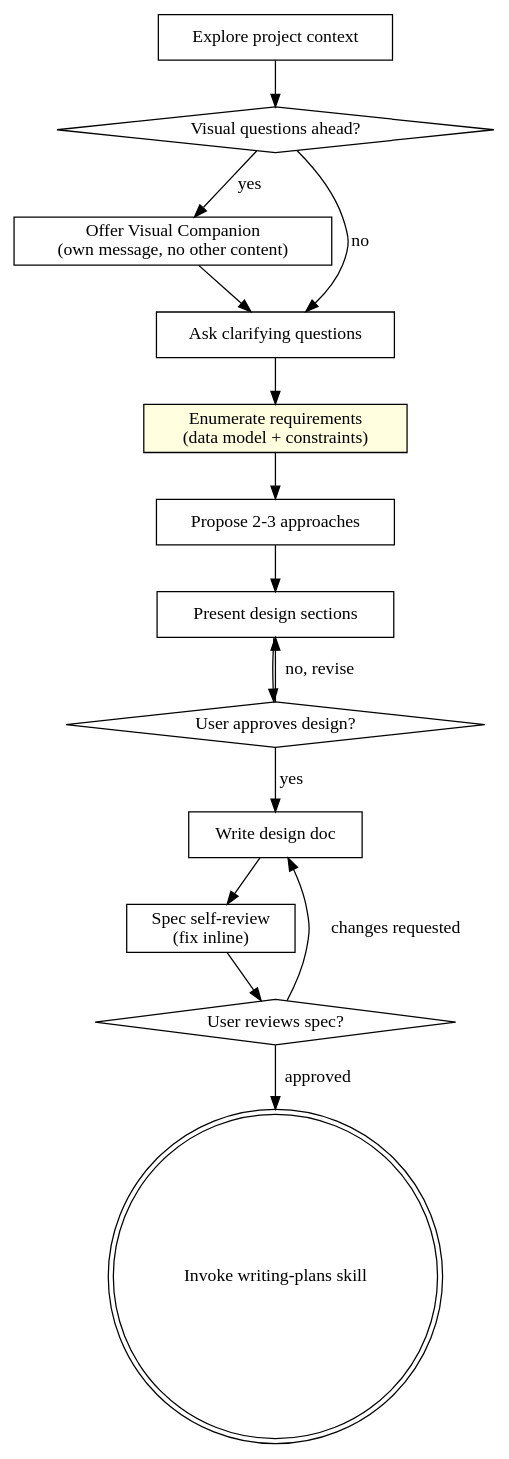
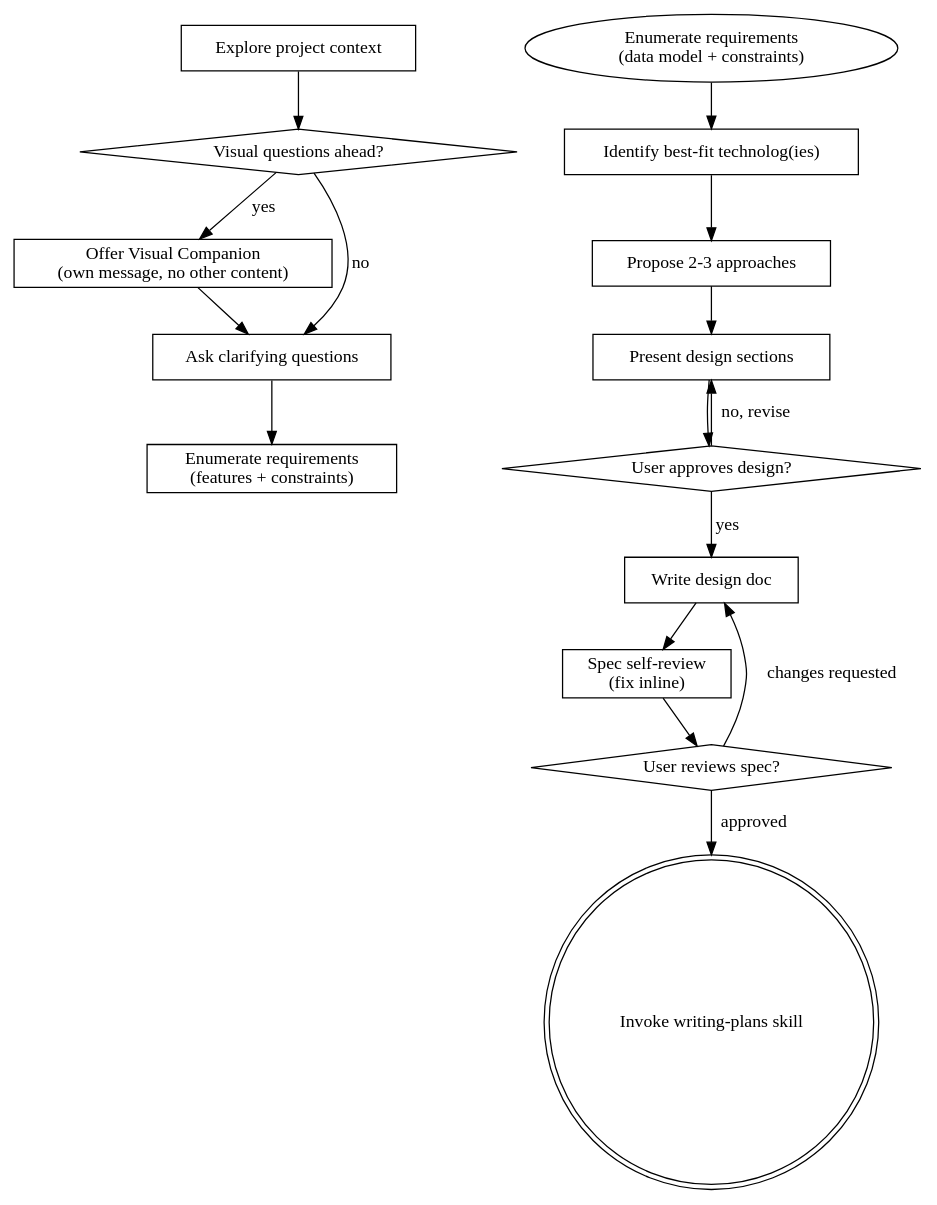
Before and after one commit to mongodb/ai-benchmarks: the diagram in packages/coding-agent-benchmark/src/sandbox/environmentData/superpowers-overrides/skills/brainstorming/SKILL.md, drawn with Graphviz. The commit also changed other lines of this file and 3 other files, not shown here.

````diff
--- a/packages/coding-agent-benchmark/src/sandbox/environmentData/superpowers-overrides/skills/brainstorming/SKILL.md
+++ b/packages/coding-agent-benchmark/src/sandbox/environmentData/superpowers-overrides/skills/brainstorming/SKILL.md
@@ -37,31 +38,33 @@
 ```dot
 digraph brainstorming {
     "Explore project context" [shape=box];
     "Visual questions ahead?" [shape=diamond];
     "Offer Visual Companion\n(own message, no other content)" [shape=box];
     "Ask clarifying questions" [shape=box];
-    "Enumerate requirements\n(data model + constraints)" [shape=box style=filled fillcolor=lightyellow];
+    "Enumerate requirements\n(features + constraints)" [shape=box];
+    "Identify best-fit technolog(ies)\n" [shape=box];
     "Propose 2-3 approaches" [shape=box];
     "Present design sections" [shape=box];
     "User approves design?" [shape=diamond];
     "Write design doc" [shape=box];
     "Spec self-review\n(fix inline)" [shape=box];
     "User reviews spec?" [shape=diamond];
     "Invoke writing-plans skill" [shape=doublecircle];
 
     "Explore project context" -> "Visual questions ahead?";
     "Visual questions ahead?" -> "Offer Visual Companion\n(own message, no other content)" [label="yes"];
     "Visual questions ahead?" -> "Ask clarifying questions" [label="no"];
     "Offer Visual Companion\n(own message, no other content)" -> "Ask clarifying questions";
-    "Ask clarifying questions" -> "Enumerate requirements\n(data model + constraints)";
-    "Enumerate requirements\n(data model + constraints)" -> "Propose 2-3 approaches";
+    "Ask clarifying questions" -> "Enumerate requirements\n(features + constraints)";
+    "Enumerate requirements\n(data model + constraints)" -> "Identify best-fit technolog(ies)\n";
+    "Identify best-fit technolog(ies)\n" -> "Propose 2-3 approaches";
     "Propose 2-3 approaches" -> "Present design sections";
     "Present design sections" -> "User approves design?";
     "User approves design?" -> "Present design sections" [label="no, revise"];
     "User approves design?" -> "Write design doc" [label="yes"];
     "Write design doc" -> "Spec self-review\n(fix inline)";
     "Spec self-review\n(fix inline)" -> "User reviews spec?";
     "User reviews spec?" -> "Write design doc" [label="changes requested"];
     "User reviews spec?" -> "Invoke writing-plans skill" [label="approved"];
 }
 ```
````
